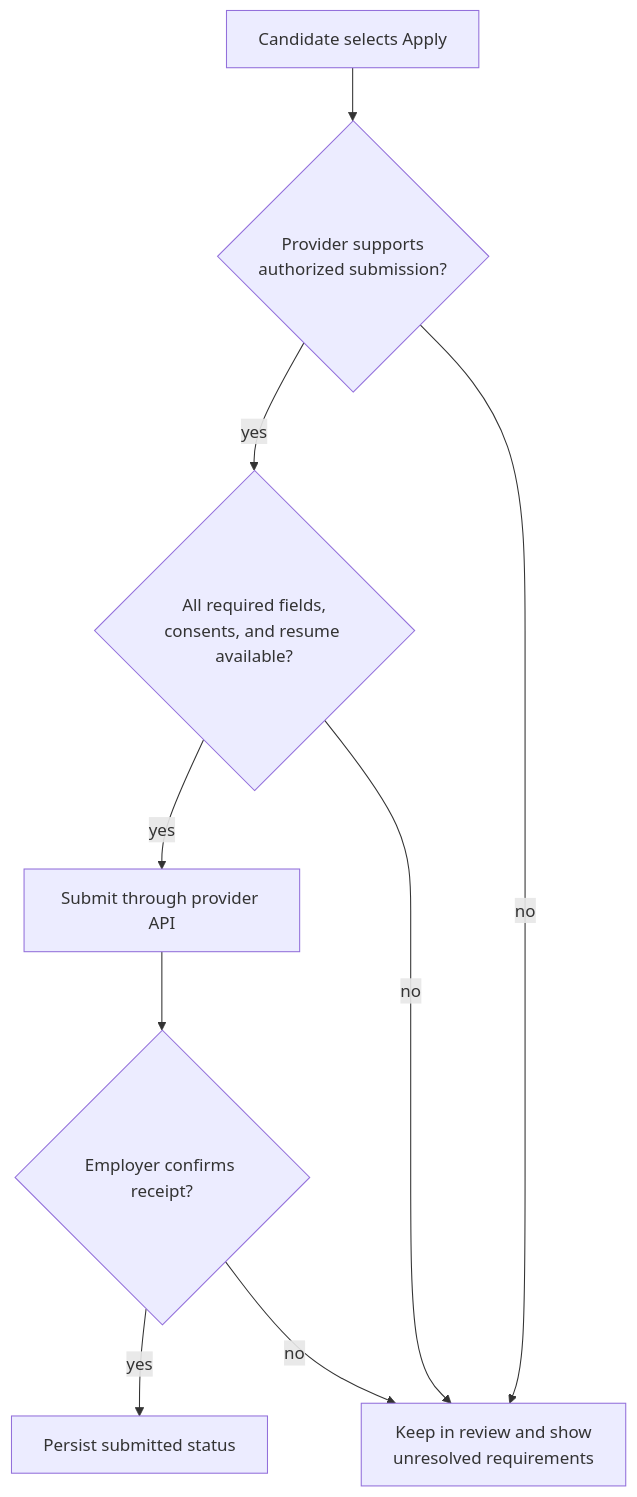
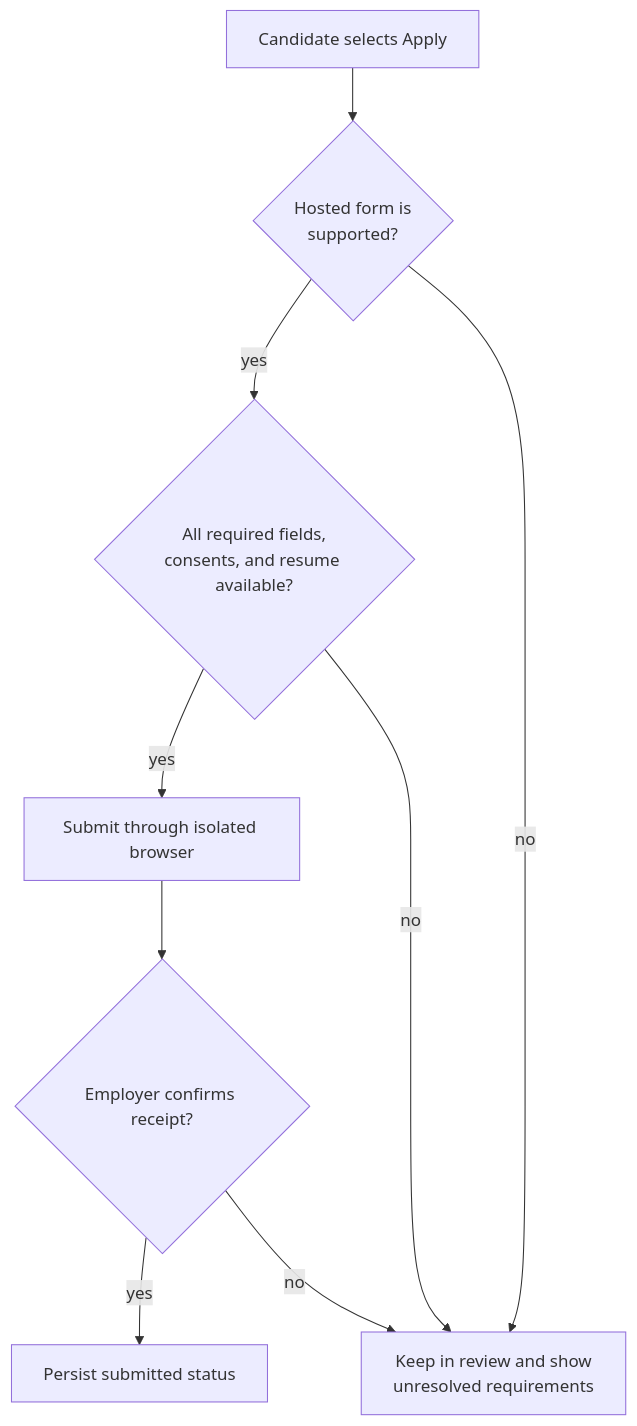
The fifth of 6 diagrams in ARCHITECTURE.md (shivangsoni/resume_tool), drawn with Mermaid before and after one commit. The commit also changed other lines of this file and 23 other files, not shown here.

````diff
--- a/ARCHITECTURE.md
+++ b/ARCHITECTURE.md
@@ -128,19 +128,19 @@
 ```mermaid
 flowchart TD
     Click[Candidate selects Apply]
-    Provider{Provider supports<br/>authorized submission?}
+    Provider{Hosted form is<br/>supported?}
     Fields{All required fields,<br/>consents, and resume available?}
-    Submit[Submit through provider API]
+    Submit[Submit through isolated browser]
     Confirm{Employer confirms receipt?}
     Track[Persist submitted status]
     Review[Keep in review and show<br/>unresolved requirements]
 
     Click --> Provider
     Provider -->|yes| Fields
     Provider -->|no| Review
     Fields -->|yes| Submit
     Fields -->|no| Review
     Submit --> Confirm
     Confirm -->|yes| Track
     Confirm -->|no| Review
 ```
````
